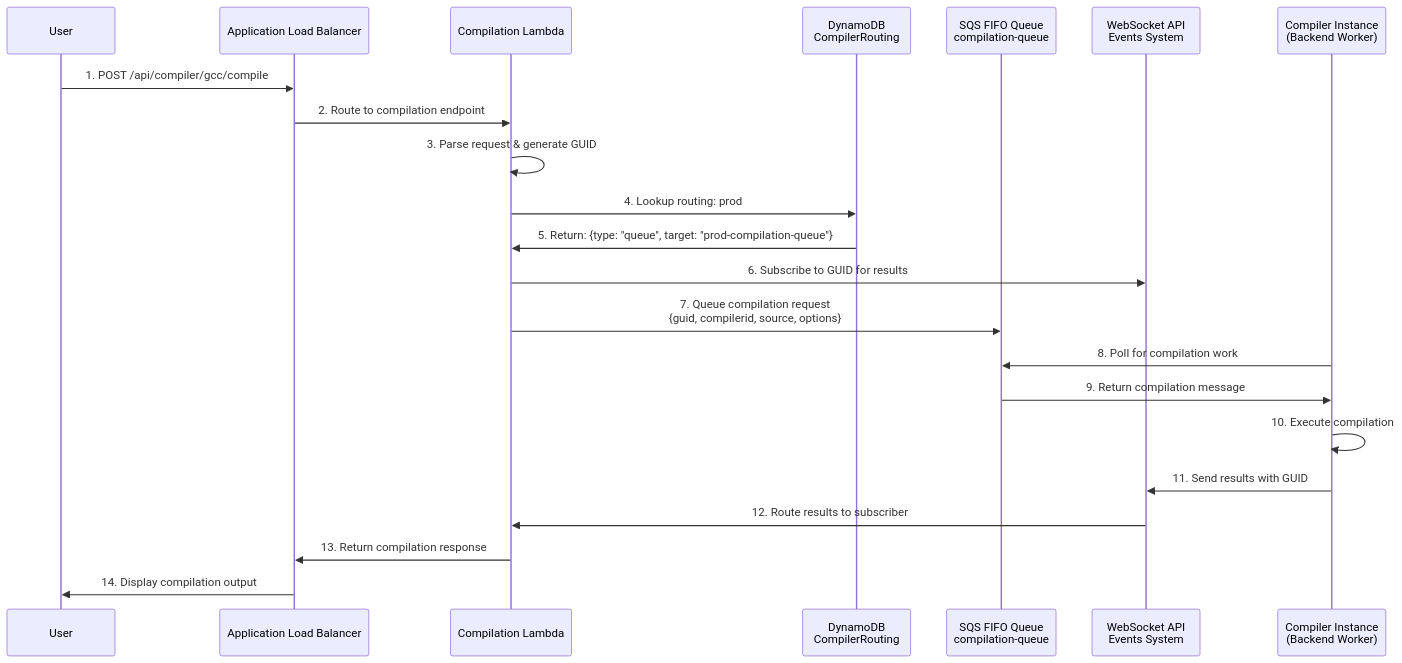
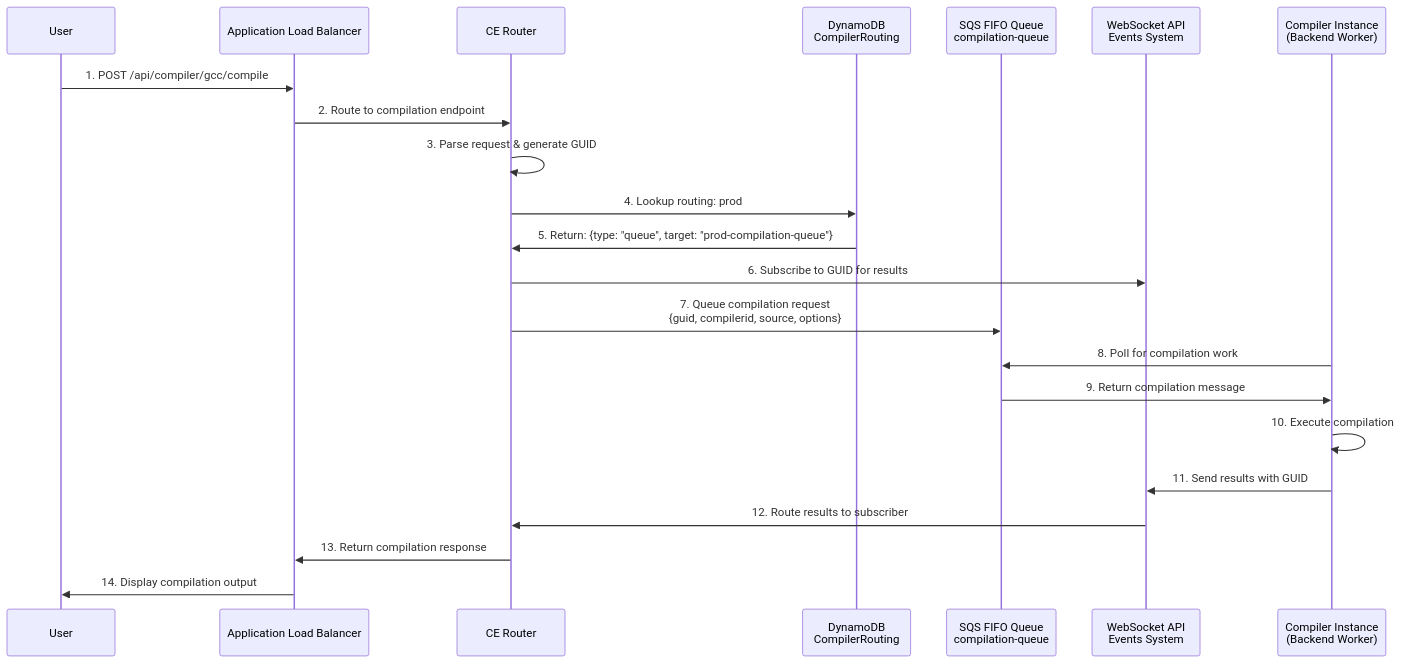
Before and after one commit to compiler-explorer/infra: the first of 4 diagrams in docs/lambda_compilation_workflow.md, drawn with Mermaid. The commit also changed other lines of this file and 6 other files, not shown here.

````diff
--- a/docs/lambda_compilation_workflow.md
+++ b/docs/lambda_compilation_workflow.md
@@ -19,26 +19,26 @@
 ```mermaid
 sequenceDiagram
     participant User
     participant ALB as Application Load Balancer
-    participant Lambda as Compilation Lambda
+    participant Router as CE Router
     participant DDB as DynamoDB<br/>CompilerRouting
     participant SQS as SQS FIFO Queue<br/>compilation-queue
     participant WS as WebSocket API<br/>Events System
     participant Instance as Compiler Instance<br/>(Backend Worker)
 
     User->>ALB: 1. POST /api/compiler/gcc/compile
-    ALB->>Lambda: 2. Route to compilation endpoint
-    Lambda->>Lambda: 3. Parse request & generate GUID
-    Lambda->>DDB: 4. Lookup routing: prod#gcc
-    DDB->>Lambda: 5. Return: {type: "queue", target: "prod-compilation-queue"}
-    Lambda->>WS: 6. Subscribe to GUID for results
-    Lambda->>SQS: 7. Queue compilation request<br/>{guid, compilerid, source, options}
+    ALB->>Router: 2. Route to compilation endpoint
+    Router->>Router: 3. Parse request & generate GUID
+    Router->>DDB: 4. Lookup routing: prod#gcc
+    DDB->>Router: 5. Return: {type: "queue", target: "prod-compilation-queue"}
+    Router->>WS: 6. Subscribe to GUID for results
+    Router->>SQS: 7. Queue compilation request<br/>{guid, compilerid, source, options}
 
     Instance->>SQS: 8. Poll for compilation work
     SQS->>Instance: 9. Return compilation message
     Instance->>Instance: 10. Execute compilation
     Instance->>WS: 11. Send results with GUID
-    WS->>Lambda: 12. Route results to subscriber
-    Lambda->>ALB: 13. Return compilation response
+    WS->>Router: 12. Route results to subscriber
+    Router->>ALB: 13. Return compilation response
     ALB->>User: 14. Display compilation output
 ```
````
